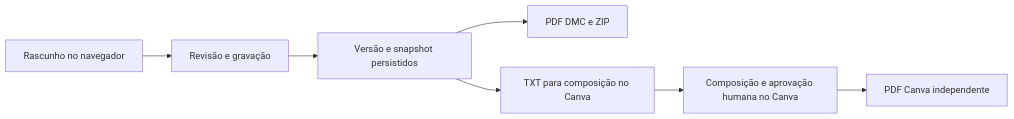
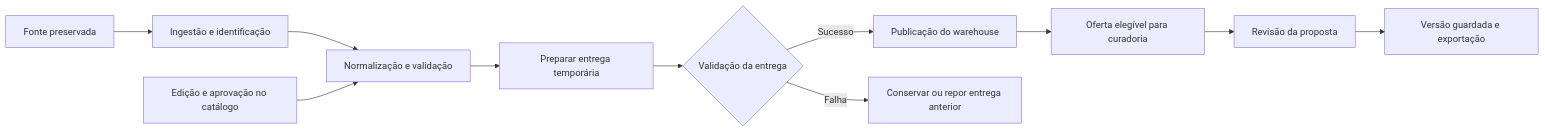
The third of 4 diagrams in docs/APRESENTACAO.md (iseg-pg-ai/gpaimlp_5ed_grupo4), drawn with Mermaid before and after one commit. The commit also changed other lines of this file and 1 other file, not shown here.

````diff
--- a/docs/APRESENTACAO.md
+++ b/docs/APRESENTACAO.md
@@ -229,9 +151,13 @@
 ```mermaid
 flowchart LR
-    A[Rascunho no navegador] --> B[Revisão e gravação]
-    B --> V[Versão e snapshot persistidos]
-    V --> D[PDF DMC e ZIP]
-    V --> T[TXT para composição no Canva]
-    T --> C[Composição e aprovação humana no Canva]
-    C --> P[PDF Canva independente]
+    F[Fonte preservada] --> I[Ingestão e identificação]
+    I --> N[Normalização e validação]
+    C[Edição e aprovação no catálogo] --> N
+    N --> T[Preparar entrega temporária]
+    T --> Q{Validação da entrega}
+    Q -->|Sucesso| W[Publicação do warehouse]
+    Q -->|Falha| A[Conservar ou repor entrega anterior]
+    W --> P[Oferta elegível para curadoria]
+    P --> R[Revisão da proposta]
+    R --> V[Versão guardada e exportação]
 ```
````
